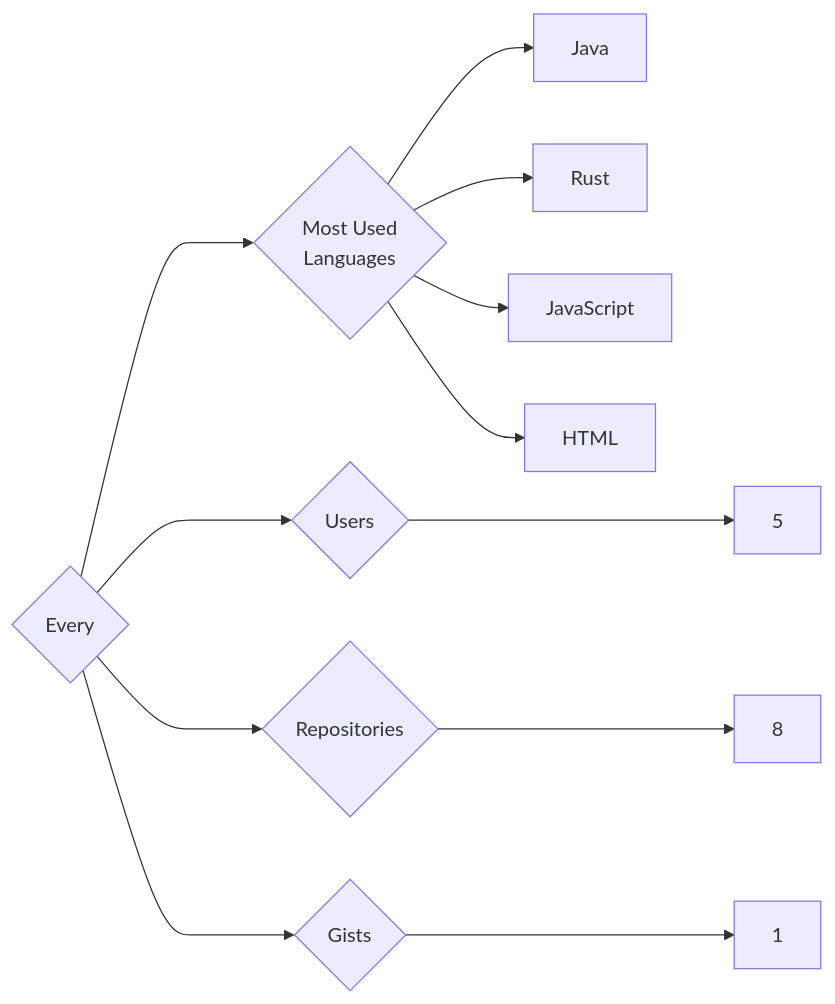
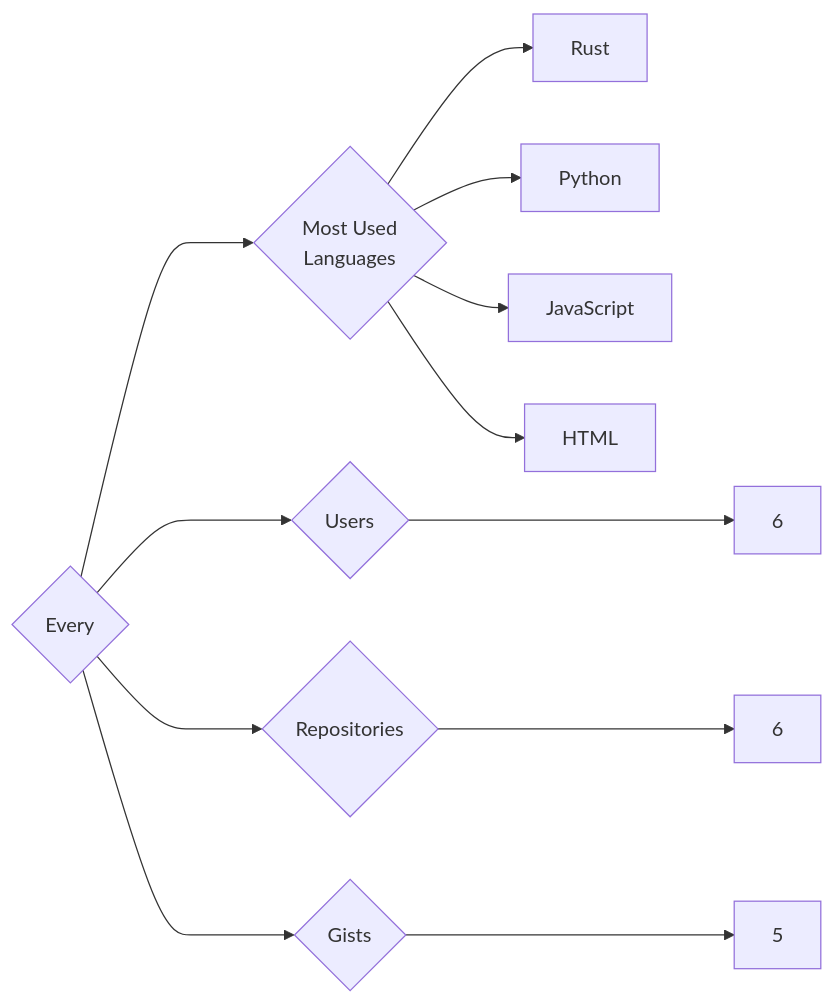
The diagram in targets/Every/README.md (trickest/insiders), drawn with Mermaid before and after one commit. The commit also changed 934 other files, not shown here.

````diff
--- a/targets/Every/README.md
+++ b/targets/Every/README.md
@@ -3,12 +3,12 @@
 ```mermaid
 graph LR
 COMPANY_NAME{Every}
-COMPANY_NAME ---> U{Users} ---> UN[5]
-COMPANY_NAME ---> R{Repositories} ---> RN[8]
-COMPANY_NAME ---> G{Gists} ---> GN[1]
+COMPANY_NAME ---> U{Users} ---> UN[6]
+COMPANY_NAME ---> R{Repositories} ---> RN[6]
+COMPANY_NAME ---> G{Gists} ---> GN[5]
 COMPANY_NAME ---> ML{Most Used<br>Languages}
-ML --> Java[Java]
 ML --> Rust[Rust]
+ML --> Python[Python]
 ML --> JavaScript[JavaScript]
 ML --> HTML[HTML]
 ```
````
